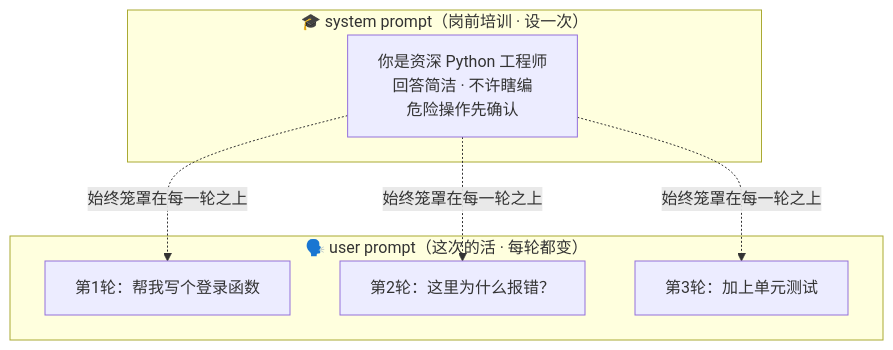
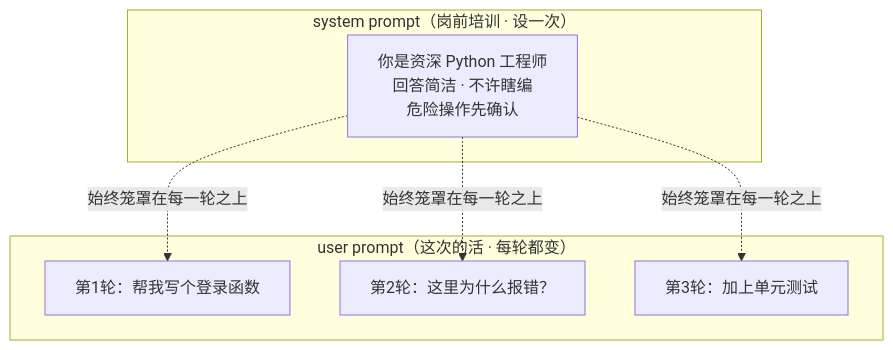
Before and after one commit to luckykhy/KhyAiHub: the third of 6 diagrams in docs/02_CONCEPTS_概念入门/CONCEPT/[CONCEPT-07] 什么是Prompt-提示词.md, drawn with Mermaid. The commit also changed other lines of this file and 19 other files, not shown here.

````diff
--- a/docs/02_CONCEPTS_概念入门/CONCEPT/[CONCEPT-07] 什么是Prompt-提示词.md
+++ b/docs/02_CONCEPTS_概念入门/CONCEPT/[CONCEPT-07] 什么是Prompt-提示词.md
@@ -91,14 +91,14 @@
 ```mermaid
 flowchart TB
-  subgraph 一次设定["🎓 system prompt（岗前培训 · 设一次）"]
+  subgraph 一次设定["system prompt（岗前培训 · 设一次）"]
     S["你是资深 Python 工程师<br/>回答简洁 · 不许瞎编<br/>危险操作先确认"]
   end
-  subgraph 每次不同["🗣️ user prompt（这次的活 · 每轮都变）"]
+  subgraph 每次不同["user prompt（这次的活 · 每轮都变）"]
     U1["第1轮：帮我写个登录函数"]
     U2["第2轮：这里为什么报错？"]
     U3["第3轮：加上单元测试"]
   end
   S -. 始终笼罩在每一轮之上 .-> U1
   S -. 始终笼罩在每一轮之上 .-> U2
   S -. 始终笼罩在每一轮之上 .-> U3
 ```
````
